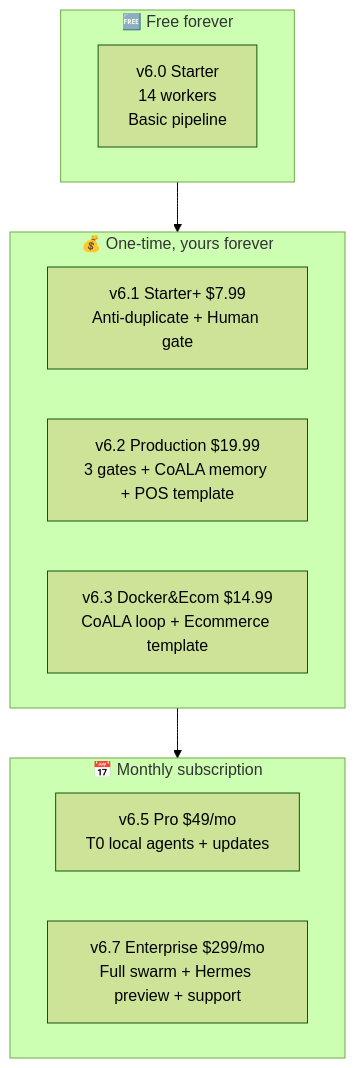
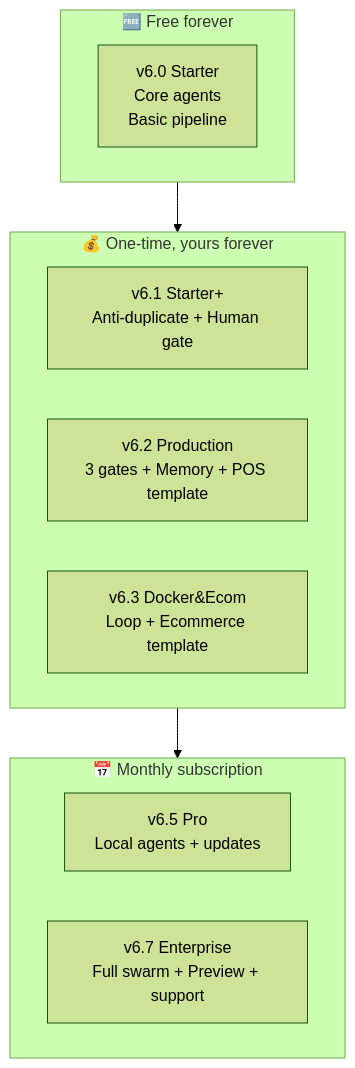
The sixth of 6 diagrams in README.md (Aquilesnake/COALA-SwarmOps), drawn with Mermaid (forest theme) before and after one commit. The commit also changed other lines of this file and 6 other files, not shown here.

````diff
--- a/README.md
+++ b/README.md
@@ -426,19 +420,19 @@
 ```mermaid
 flowchart TB
     subgraph FREE["🆓 Free forever"]
-        F1["v6.0 Starter<br/>14 workers<br/>Basic pipeline"]
+        F1["v6.0 Starter<br/>Core agents<br/>Basic pipeline"]
     end
 
     subgraph LOWCOST["💰 One-time, yours forever"]
-        L1["v6.1 Starter+ $7.99<br/>Anti-duplicate + Human gate"]
-        L2["v6.2 Production $19.99<br/>3 gates + CoALA memory + POS template"]
-        L3["v6.3 Docker&Ecom $14.99<br/>CoALA loop + Ecommerce template"]
+        L1["v6.1 Starter+<br/>Anti-duplicate + Human gate"]
+        L2["v6.2 Production<br/>3 gates + Memory + POS template"]
+        L3["v6.3 Docker&Ecom<br/>Loop + Ecommerce template"]
     end
 
     subgraph SUBS["📅 Monthly subscription"]
-        S1["v6.5 Pro $49/mo<br/>T0 local agents + updates"]
-        S2["v6.7 Enterprise $299/mo<br/>Full swarm + Hermes preview + support"]
+        S1["v6.5 Pro<br/>Local agents + updates"]
+        S2["v6.7 Enterprise<br/>Full swarm + Preview + support"]
     end
 
     FREE --> LOWCOST --> SUBS
 ```
````
